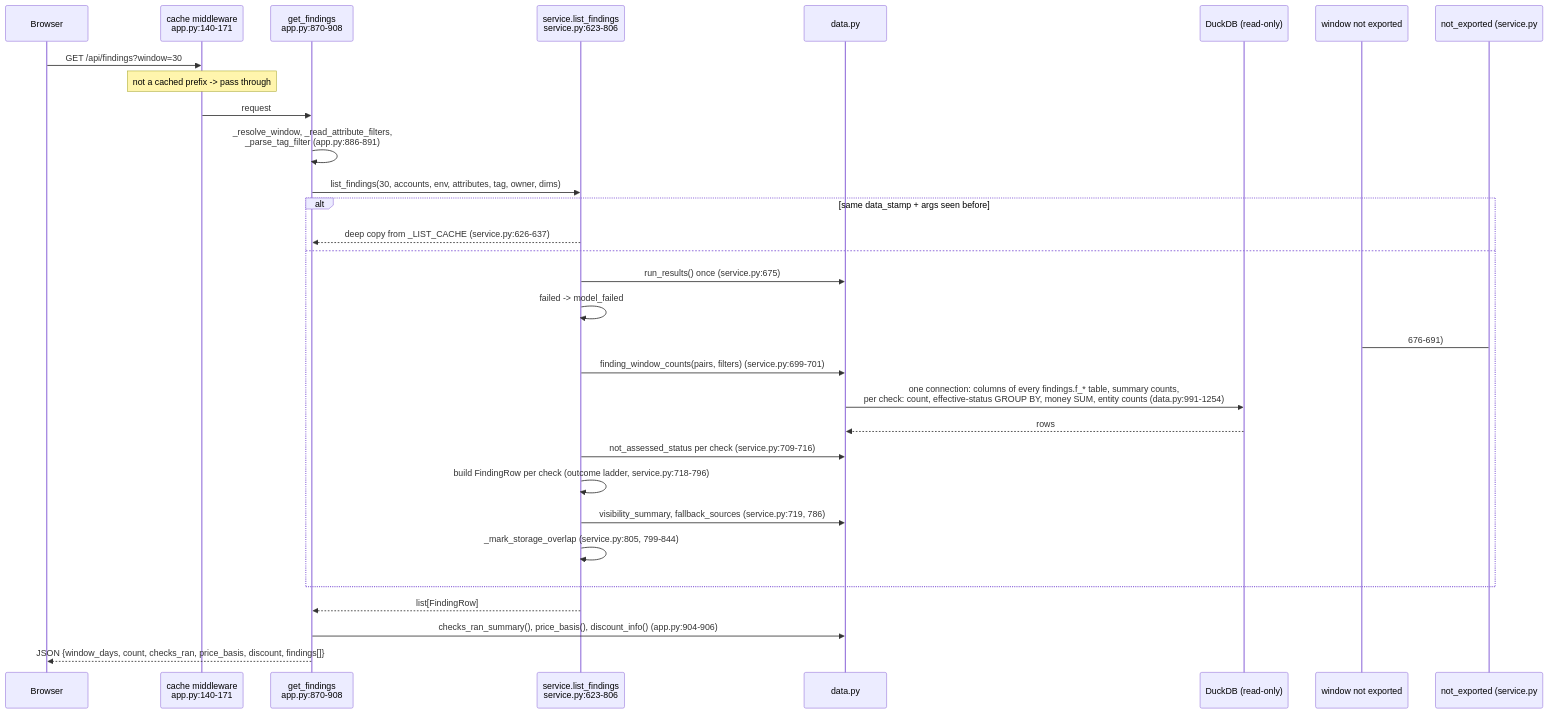
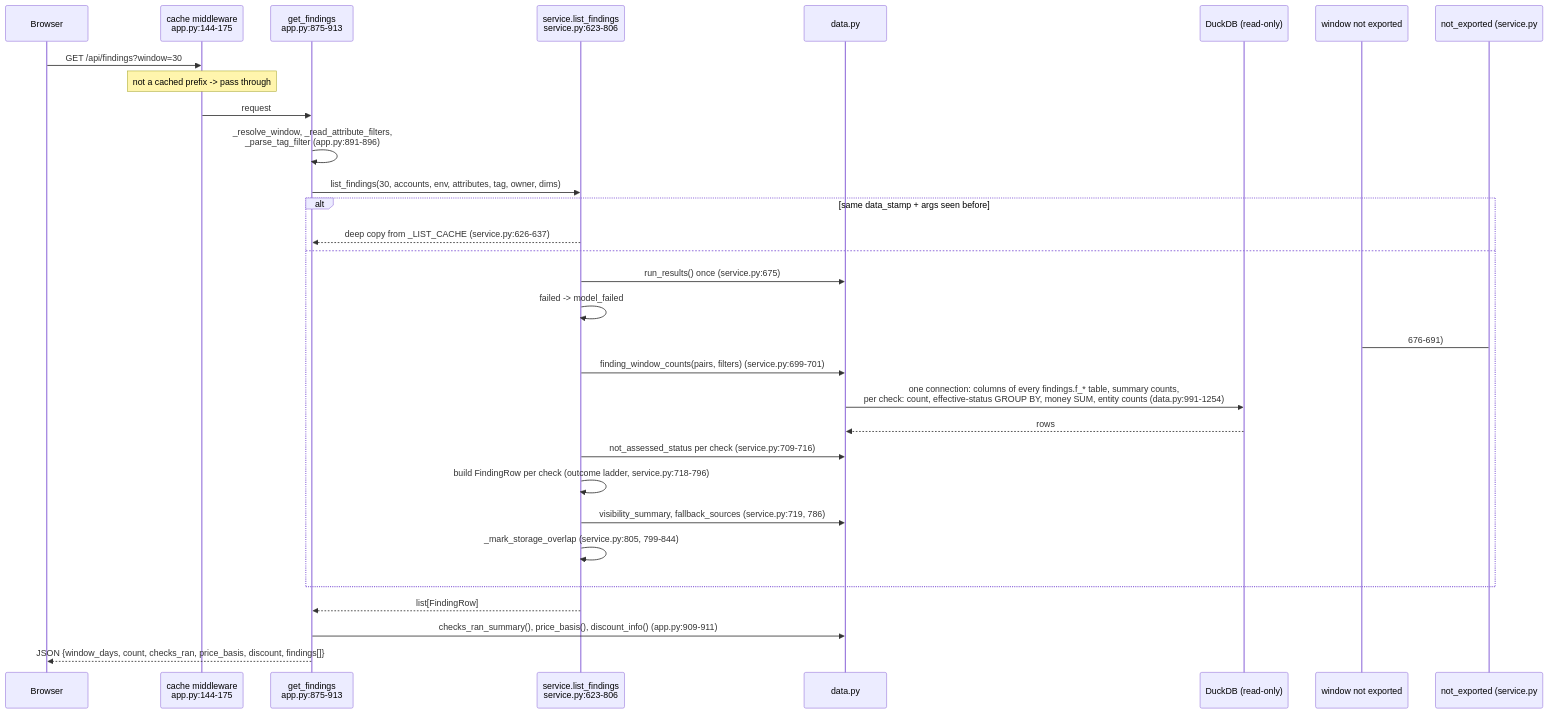
One commit to darshanmeel/snowflake-audit-app changed the second of 3 diagrams in snowflake-audit-app-knowledge-graph/flows/request.md. Above: the diagram before and after it, drawn with Mermaid. The commit also changed other lines of this file and 36 other files, not shown here.

Commit message:
Remap graph and technical-doc cites to the current code

````diff
--- a/snowflake-audit-app-knowledge-graph/flows/request.md
+++ b/snowflake-audit-app-knowledge-graph/flows/request.md
@@ -26,30 +26,30 @@
 ```mermaid
 sequenceDiagram
   participant UI as Browser
-  participant MW as cache middleware<br/>app.py:140-171
-  participant R as get_findings<br/>app.py:870-908
+  participant MW as cache middleware<br/>app.py:144-175
+  participant R as get_findings<br/>app.py:875-913
   participant S as service.list_findings<br/>service.py:623-806
   participant D as data.py
   participant DB as DuckDB (read-only)
   UI->>MW: GET /api/findings?window=30
   Note over MW: not a cached prefix -> pass through
   MW->>R: request
-  R->>R: _resolve_window, _read_attribute_filters,<br/>_parse_tag_filter (app.py:886-891)
+  R->>R: _resolve_window, _read_attribute_filters,<br/>_parse_tag_filter (app.py:891-896)
   R->>S: list_findings(30, accounts, env, attributes, tag, owner, dims)
   alt same data_stamp + args seen before
     S-->>R: deep copy from _LIST_CACHE (service.py:626-637)
   else
     S->>D: run_results() once (service.py:675)
     S->>S: failed -> model_failed; window not exported -> not_exported (service.py:676-691)
     S->>D: finding_window_counts(pairs, filters) (service.py:699-701)
     D->>DB: one connection: columns of every findings.f_* table, summary counts,<br/>per check: count, effective-status GROUP BY, money SUM, entity counts (data.py:991-1254)
     DB-->>D: rows
     S->>D: not_assessed_status per check (service.py:709-716)
     S->>S: build FindingRow per check (outcome ladder, service.py:718-796)
     S->>D: visibility_summary, fallback_sources (service.py:719, 786)
     S->>S: _mark_storage_overlap (service.py:805, 799-844)
   end
   S-->>R: list[FindingRow]
-  R->>D: checks_ran_summary(), price_basis(), discount_info() (app.py:904-906)
+  R->>D: checks_ran_summary(), price_basis(), discount_info() (app.py:909-911)
   R-->>UI: JSON {window_days, count, checks_ran, price_basis, discount, findings[]}
 ```
````
